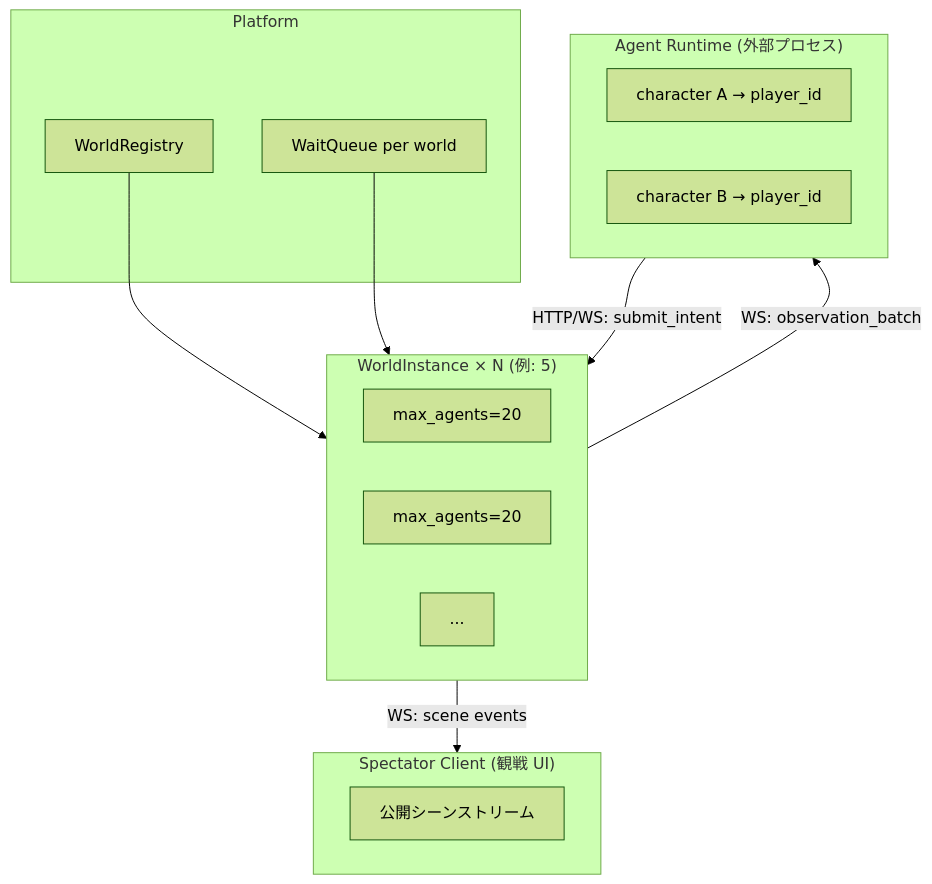
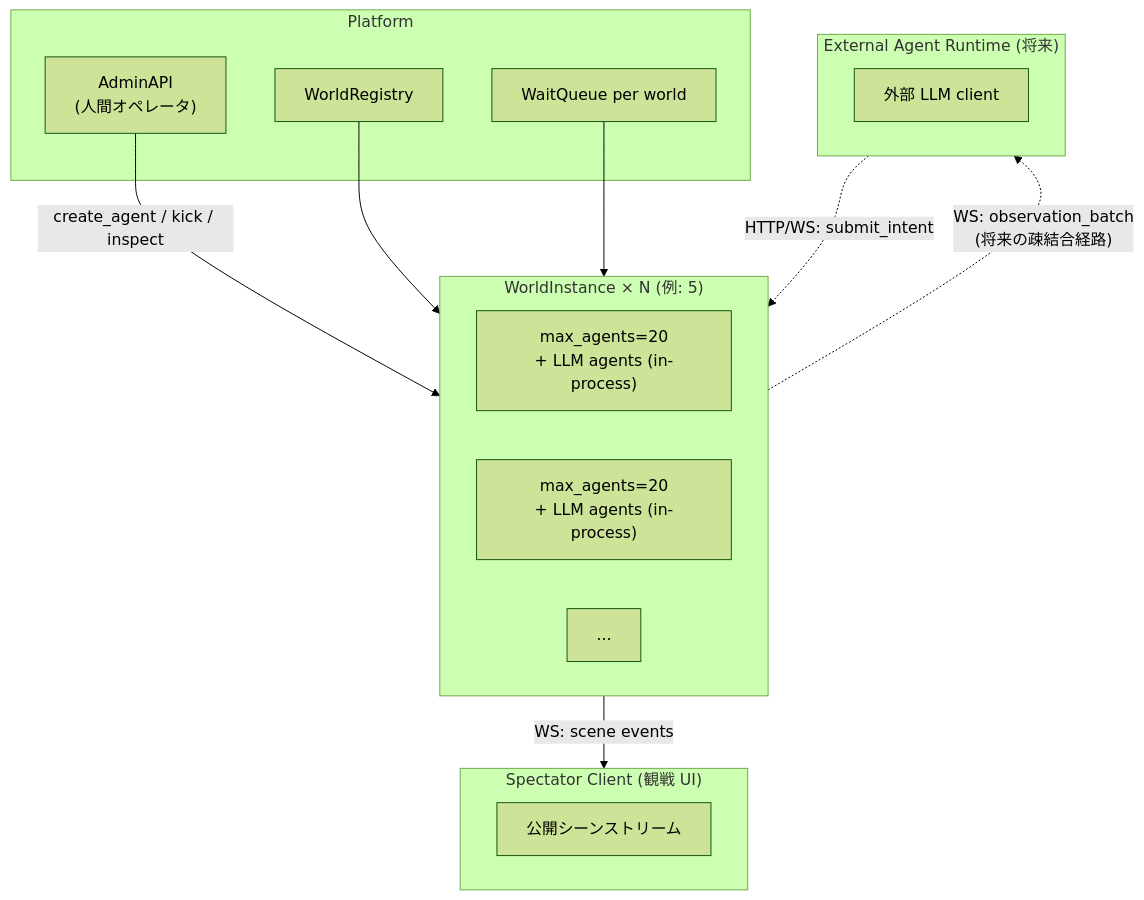
The first of 7 diagrams in docs/agent_continuity_roadmap/mmo_world_server_architecture.md (Motifman/llm-rpg), drawn with Mermaid (forest theme) before and after one commit. The commit also changed other lines of this file, not shown here.

````diff
--- a/docs/agent_continuity_roadmap/mmo_world_server_architecture.md
+++ b/docs/agent_continuity_roadmap/mmo_world_server_architecture.md
@@ -57,28 +68,29 @@
 ```mermaid
 flowchart TB
   subgraph platform["Platform"]
     Registry["WorldRegistry"]
     Queues["WaitQueue per world"]
+    Admin["AdminAPI<br/>(人間オペレータ)"]
   end
 
   subgraph worlds["WorldInstance × N (例: 5)"]
-    W1["max_agents=20"]
-    W2["max_agents=20"]
+    W1["max_agents=20<br/>+ LLM agents (in-process)"]
+    W2["max_agents=20<br/>+ LLM agents (in-process)"]
     Wn["..."]
-  end
-
-  subgraph agents["Agent Runtime (外部プロセス)"]
-    AR1["character A → player_id"]
-    AR2["character B → player_id"]
   end
 
   subgraph spectators["Spectator Client (観戦 UI)"]
     UI["公開シーンストリーム"]
   end
 
+  subgraph external["External Agent Runtime (将来)"]
+    Ext["外部 LLM client"]
+  end
+
+  Admin -->|"create_agent / kick / inspect"| worlds
   Registry --> worlds
   Queues --> worlds
-  worlds -->|"WS: observation_batch"| agents
-  agents -->|"HTTP/WS: submit_intent"| worlds
   worlds -->|"WS: scene events"| spectators
+  worlds -.->|"WS: observation_batch<br/>(将来の疎結合経路)"| external
+  external -.->|"HTTP/WS: submit_intent"| worlds
 ```
````
